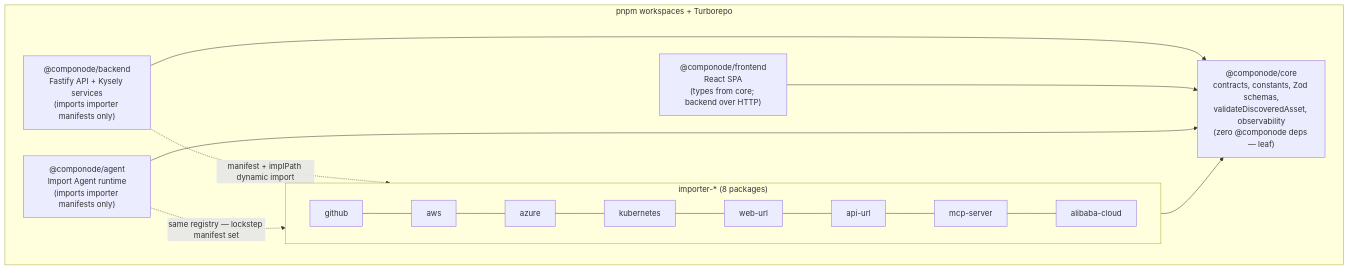
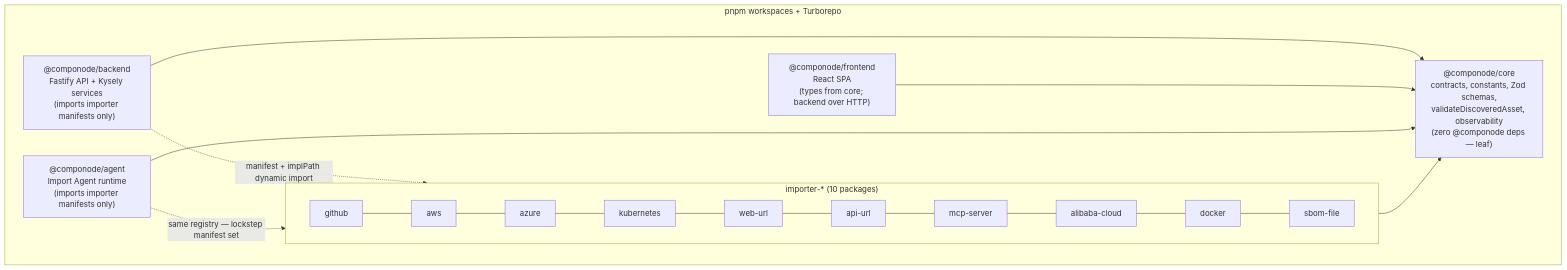
One commit to Componode/componode changed the eighth of 8 diagrams in docs/architecture.md. Above: the diagram before and after it, drawn with Mermaid. The commit also changed other lines of this file and 17 other files, not shown here.

First line of the commit message:
docs(bom): ADRs, OpenAPI, importer guides, roadmap for Phase 1 (T055-T059)

````diff
--- a/docs/architecture.md
+++ b/docs/architecture.md
@@ -422,24 +426,24 @@
 ```mermaid
 flowchart TD
     subgraph Mono["pnpm workspaces + Turborepo"]
         CORE["@componode/core<br/>contracts, constants, Zod schemas,<br/>validateDiscoveredAsset, observability<br/>(zero @componode deps — leaf)"]
 
         BE["@componode/backend<br/>Fastify API + Kysely services<br/>(imports importer manifests only)"]
 
         FE["@componode/frontend<br/>React SPA<br/>(types from core; backend over HTTP)"]
 
         AG["@componode/agent<br/>Import Agent runtime<br/>(imports importer manifests only)"]
 
-        subgraph IMPS["importer-* (8 packages)"]
+        subgraph IMPS["importer-* (10 packages)"]
             direction LR
-            IG["github"] --- IA["aws"] --- IZ["azure"] --- IK["kubernetes"] --- IW["web-url"] --- IP["api-url"] --- IM["mcp-server"] --- IB["alibaba-cloud"]
+            IG["github"] --- IA["aws"] --- IZ["azure"] --- IK["kubernetes"] --- IW["web-url"] --- IP["api-url"] --- IM["mcp-server"] --- IB["alibaba-cloud"] --- ID["docker"] --- IS["sbom-file"]
         end
     end
 
     BE --> CORE
     FE --> CORE
     AG --> CORE
     IMPS --> CORE
     BE -.->|"manifest + implPath dynamic import"| IMPS
     AG -.->|"same registry — lockstep manifest set"| IMPS
 ```
````
